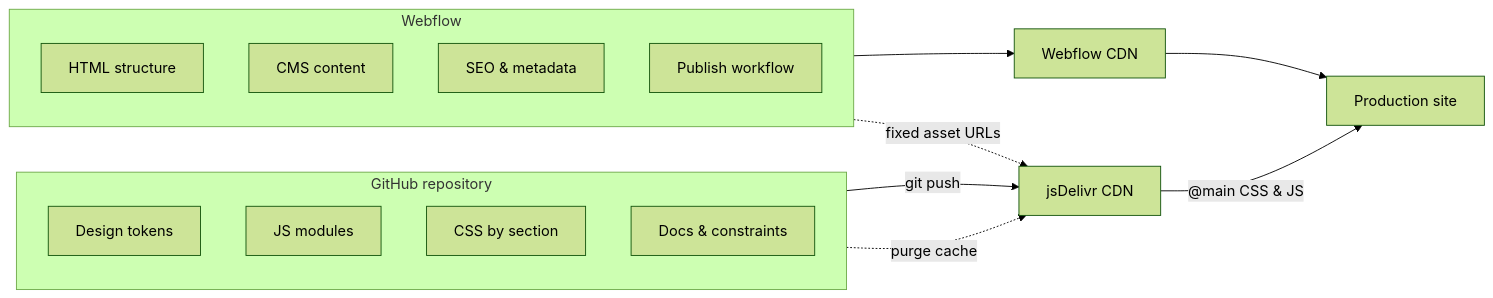
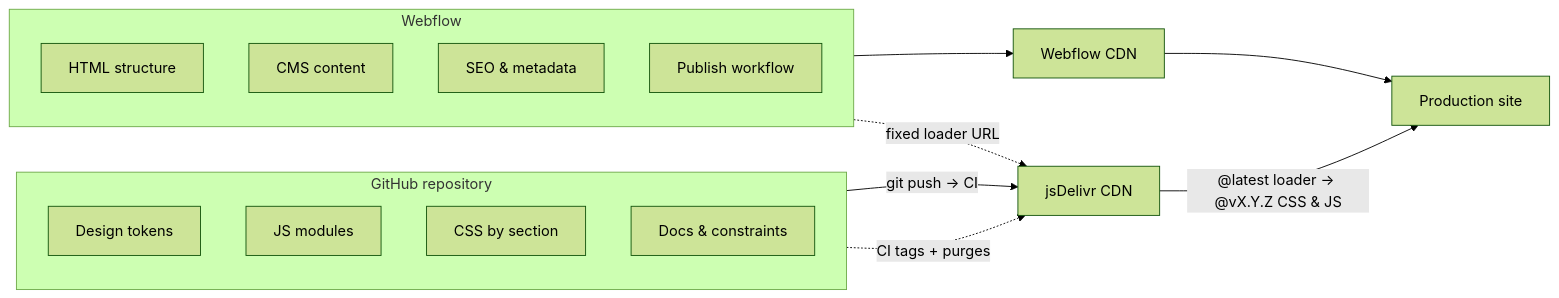
One commit to karenrebecag/Portfolio2026 changed the first of 2 diagrams in apps/web/src/content/projects/atom-webflow-en.md. Above: the diagram before and after it, drawn with Mermaid (forest theme). The commit also changed other lines of this file and 2 other files, not shown here.

````diff
--- a/apps/web/src/content/projects/atom-webflow-en.md
+++ b/apps/web/src/content/projects/atom-webflow-en.md
@@ -35,28 +35,28 @@
 ```mermaid Dual control architecture
 flowchart LR
   subgraph WF["Webflow"]
     direction TB
     WF1["HTML structure"]
     WF2["CMS content"]
     WF3["SEO & metadata"]
     WF4["Publish workflow"]
   end
 
   subgraph GIT["GitHub repository"]
     direction TB
     G1["Design tokens"]
     G2["JS modules"]
     G3["CSS by section"]
     G4["Docs & constraints"]
   end
 
   JSD["jsDelivr CDN"]
   SITE["Production site"]
 
   WF --> WFC["Webflow CDN"]
   WFC --> SITE
-  GIT -->|"git push"| JSD
-  JSD -->|"@main CSS & JS"| SITE
-  WF -.->|"fixed asset URLs"| JSD
-  GIT -.->|"purge cache"| JSD
+  GIT -->|"git push → CI"| JSD
+  JSD -->|"@latest loader → @vX.Y.Z CSS & JS"| SITE
+  WF -.->|"fixed loader URL"| JSD
+  GIT -.->|"CI tags + purges"| JSD
 ```
````
